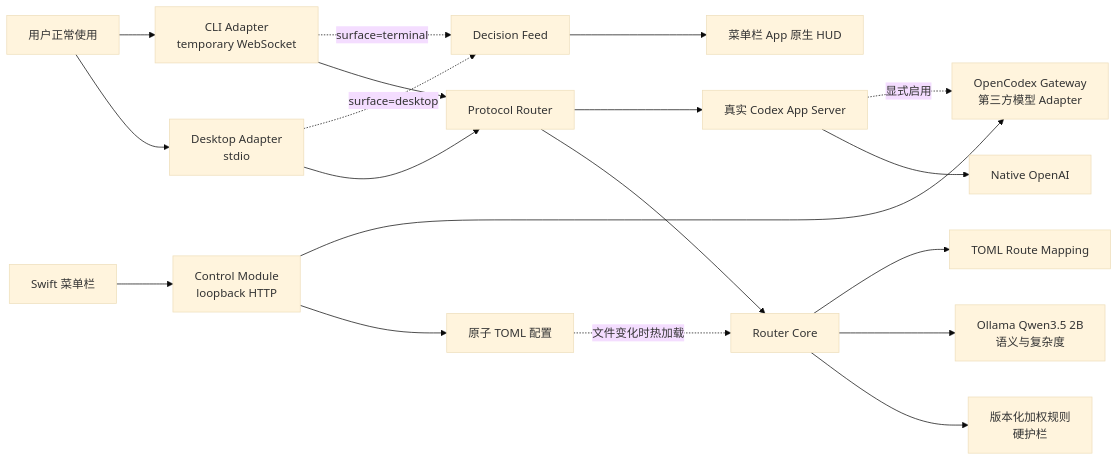
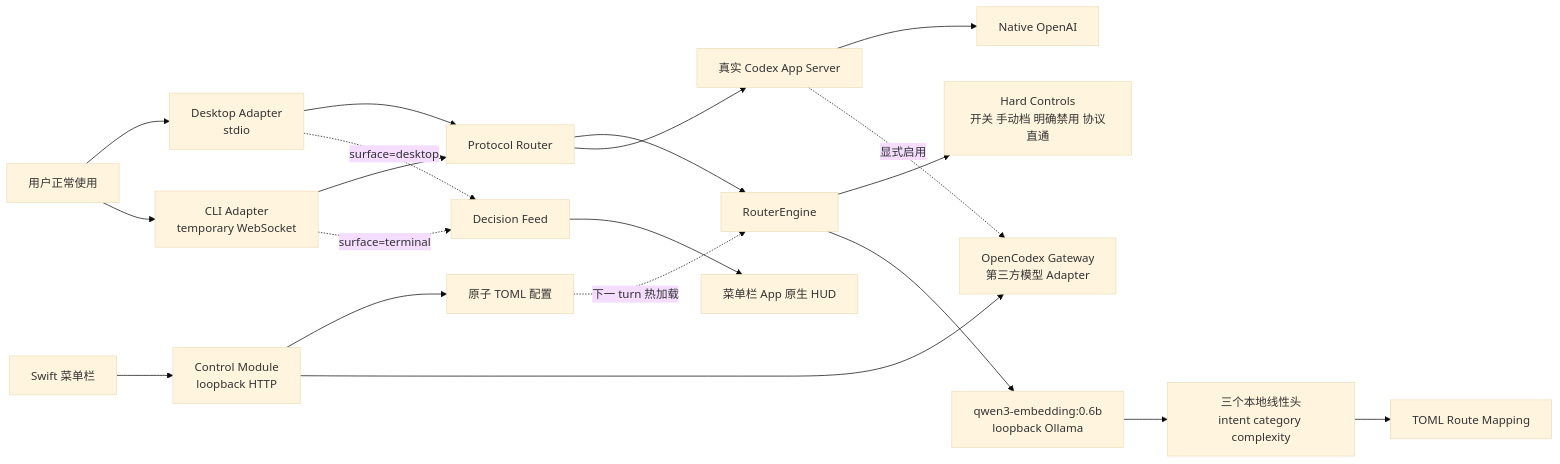
One commit to DeyunMa/agent-dock changed the diagram in docs/ARCHITECTURE.md. Above: the diagram before and after it, drawn with Mermaid (base theme). The commit also changed other lines of this file and 49 other files, not shown here.

First line of the commit message:
feat(router): replace 2b classifier with embedding heads

````diff
--- a/docs/ARCHITECTURE.md
+++ b/docs/ARCHITECTURE.md
@@ -11,21 +14,22 @@
 ```mermaid
 flowchart LR
   U["用户正常使用"] --> D["Desktop Adapter<br/>stdio"]
   U --> C["CLI Adapter<br/>temporary WebSocket"]
   D --> P["Protocol Router"]
   C --> P
-  P --> E["Router Core"]
-  E --> R["版本化加权规则<br/>硬护栏"]
-  E --> Q["Ollama Qwen3.5 2B<br/>语义与复杂度"]
-  E --> M["TOML Route Mapping"]
+  P --> E["RouterEngine"]
+  E --> H["Hard Controls<br/>开关 手动档 明确禁用 协议直通"]
+  E --> Q["qwen3-embedding:0.6b<br/>loopback Ollama"]
+  Q --> L["三个本地线性头<br/>intent category complexity"]
+  L --> M["TOML Route Mapping"]
   D -. "surface=desktop" .-> V["Decision Feed"]
   C -. "surface=terminal" .-> V
   V --> HUD["菜单栏 App 原生 HUD"]
   P --> A["真实 Codex App Server"]
   A --> N["Native OpenAI"]
   A -. "显式启用" .-> G["OpenCodex Gateway<br/>第三方模型 Adapter"]
   UI["Swift 菜单栏"] --> CTL["Control Module<br/>loopback HTTP"]
   CTL --> T["原子 TOML 配置"]
   CTL --> G
-  T -. "文件变化时热加载" .-> E
+  T -. "下一 turn 热加载" .-> E
 ```
````
